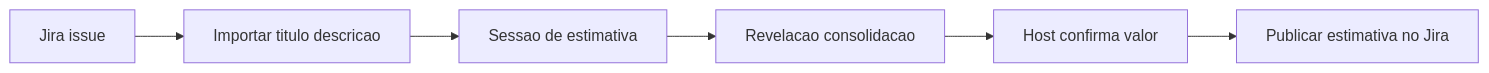
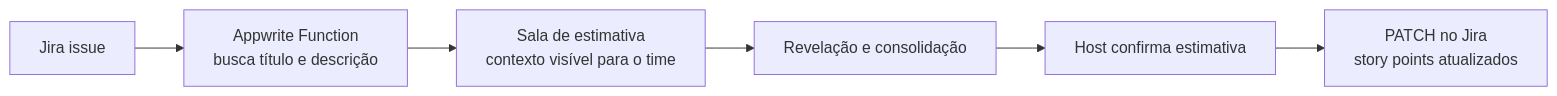
One commit to bythealice/planning_poker changed the fifth of 6 diagrams in README.md. Above: the diagram before and after it, drawn with Mermaid. The commit also changed other lines of this file, not shown here.

````diff
--- a/README.md
+++ b/README.md
@@ -133,8 +252,8 @@
 ```mermaid
 flowchart LR
-  Issue[Jira issue] --> Import[Importar titulo descricao]
-  Import --> Session[Sessao de estimativa]
-  Session --> Reveal[Revelacao consolidacao]
-  Reveal --> Host[Host confirma valor]
-  Host --> Publish[Publicar estimativa no Jira]
+    Issue[Jira issue] --> Import[Appwrite Function\nbusca título e descrição]
+    Import --> Session[Sala de estimativa\ncontexto visível para o time]
+    Session --> Reveal[Revelação e consolidação]
+    Reveal --> Host[Host confirma estimativa]
+    Host --> Publish[PATCH no Jira\nstory points atualizados]
 ```
````
